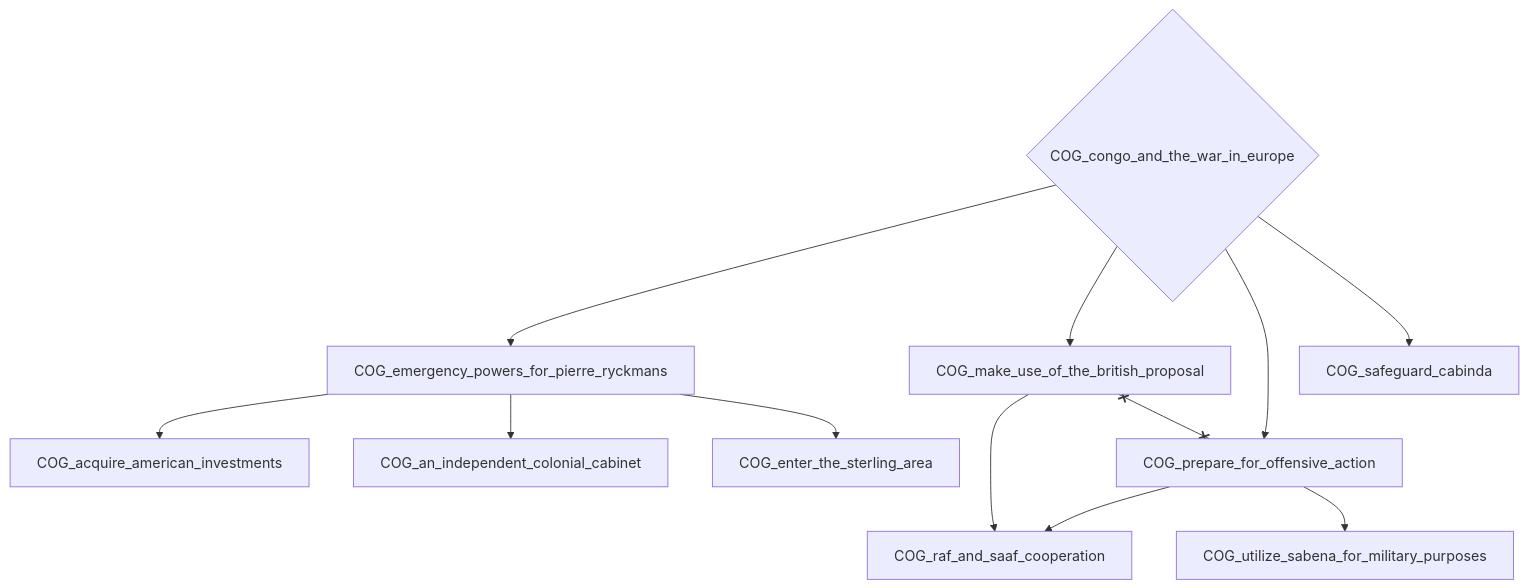
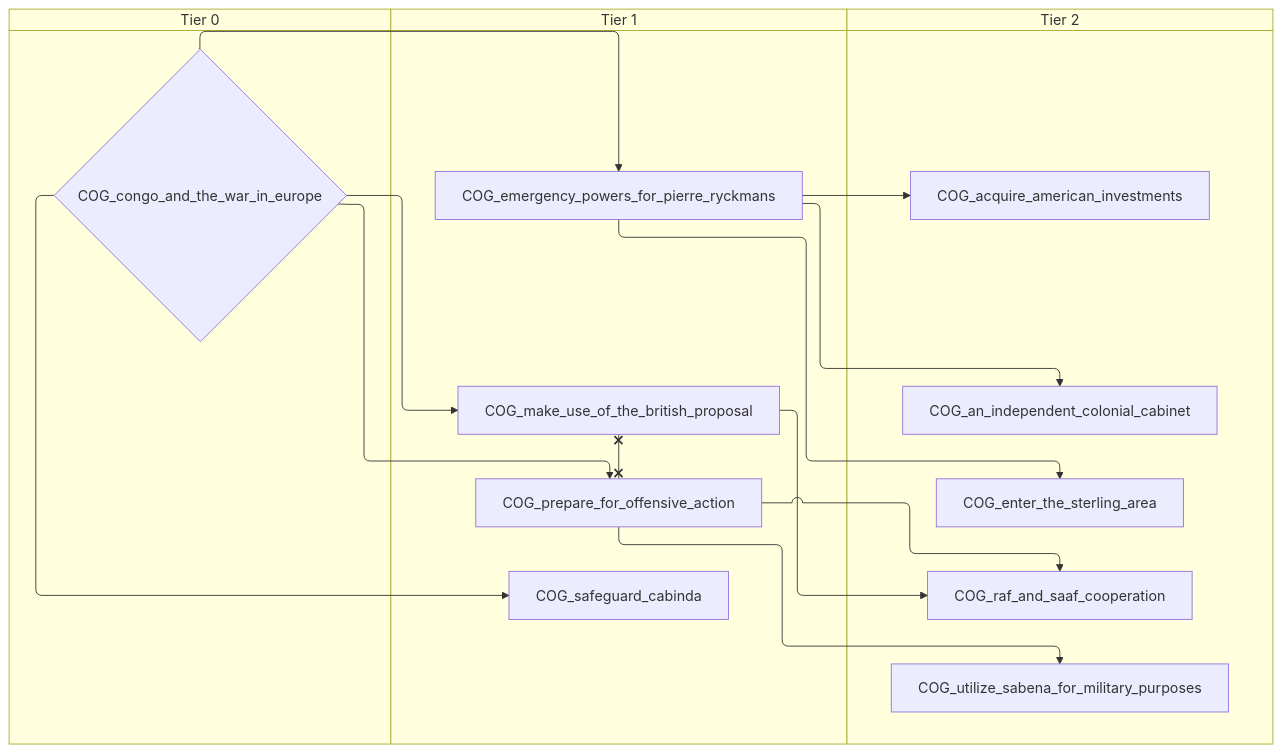
One commit to evgeny-sobol/hoi4-sandbox-mode-r56 changed the second of 10 diagrams in docs/gdd/National Focuses/r56/congo.md. Above: the diagram before and after it, drawn with Mermaid. The commit also changed other lines of this file and 423 other files, not shown here.

First line of the commit message:
Re-export Rt56 focus trees as swimlane diagrams

````diff
--- a/docs/gdd/National Focuses/r56/congo.md
+++ b/docs/gdd/National Focuses/r56/congo.md
@@ -120,24 +132,30 @@
 ```mermaid
-flowchart TD
-    n50["COG_acquire_american_investments"]
-    n51["COG_an_independent_colonial_cabinet"]
-    n52{"COG_congo_and_the_war_in_europe"}
-    n53["COG_emergency_powers_for_pierre_ryckmans"]
-    n54["COG_enter_the_sterling_area"]
-    n55["COG_make_use_of_the_british_proposal"]
-    n56["COG_prepare_for_offensive_action"]
-    n57["COG_raf_and_saaf_cooperation"]
-    n58["COG_safeguard_cabinda"]
-    n59["COG_utilize_sabena_for_military_purposes"]
-    n53 --> n50
-    n53 --> n51
-    n52 --> n53
-    n53 --> n54
-    n52 --> n55
-    n52 --> n56
-    n56 --> n57
-    n55 --> n57
+swimlane-beta TD
+    subgraph tier_0["Tier 0"]
+        n50{"COG_congo_and_the_war_in_europe"}
+    end
+    subgraph tier_1["Tier 1"]
+        n51["COG_emergency_powers_for_pierre_ryckmans"]
+        n52["COG_make_use_of_the_british_proposal"]
+        n53["COG_prepare_for_offensive_action"]
+        n54["COG_safeguard_cabinda"]
+    end
+    subgraph tier_2["Tier 2"]
+        n55["COG_acquire_american_investments"]
+        n56["COG_an_independent_colonial_cabinet"]
+        n57["COG_enter_the_sterling_area"]
+        n58["COG_raf_and_saaf_cooperation"]
+        n59["COG_utilize_sabena_for_military_purposes"]
+    end
+    n51 --> n55
+    n51 --> n56
+    n50 --> n51
+    n51 --> n57
+    n50 --> n52
+    n50 --> n53
+    n53 --> n58
     n52 --> n58
-    n56 --> n59
-    n55 x--x n56
+    n50 --> n54
+    n53 --> n59
+    n52 x--x n53
 ```
````
